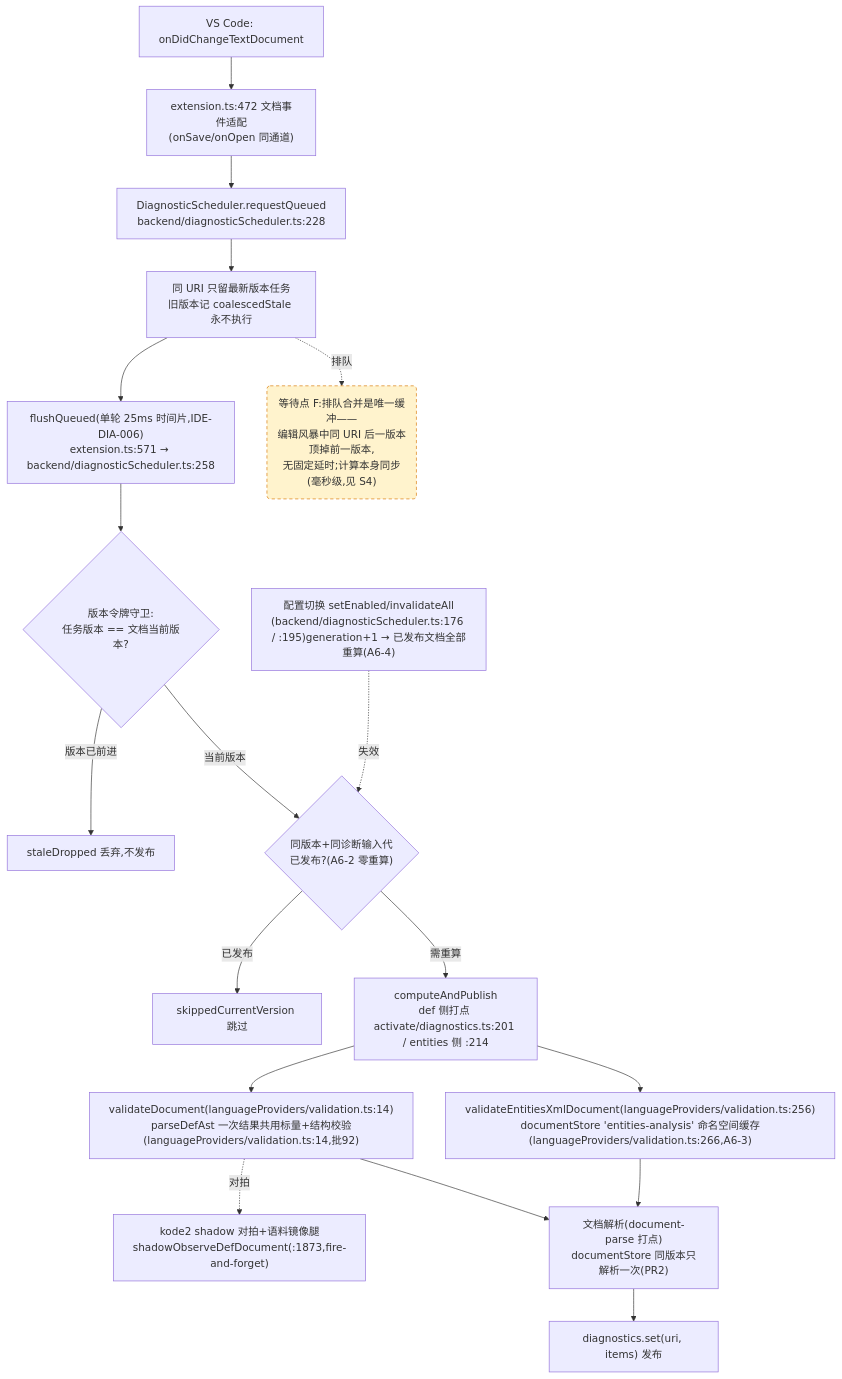
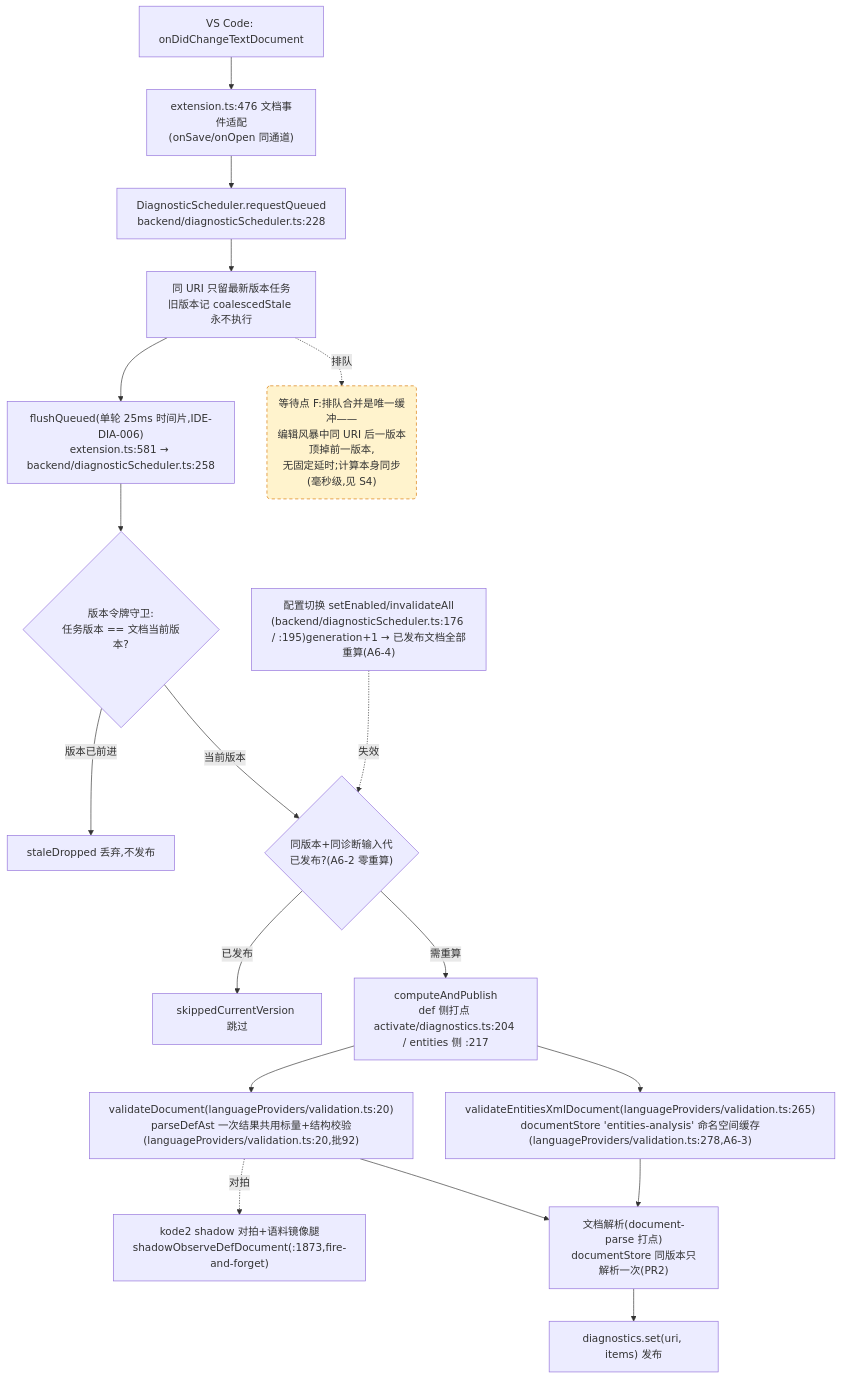
The fourth of 4 diagrams in docs/perf/2026-baseline.md (cuihairu/kode), drawn with Mermaid before and after one commit. The commit also changed other lines of this file and 10 other files, not shown here.

````diff
--- a/docs/perf/2026-baseline.md
+++ b/docs/perf/2026-baseline.md
@@ -230,38 +231,38 @@
 ```mermaid
 flowchart TD
   CHG["VS Code: onDidChangeTextDocument"]
-  WATCH["extension.ts:472 文档事件适配<br/>(onSave/onOpen 同通道)"]
+  WATCH["extension.ts:476 文档事件适配<br/>(onSave/onOpen 同通道)"]
   RQ["DiagnosticScheduler.requestQueued<br/>backend/diagnosticScheduler.ts:228"]
   CO["同 URI 只留最新版本任务<br/>旧版本记 coalescedStale 永不执行"]
-  FL["flushQueued(单轮 25ms 时间片,IDE-DIA-006)<br/>extension.ts:571 → backend/diagnosticScheduler.ts:258"]
+  FL["flushQueued(单轮 25ms 时间片,IDE-DIA-006)<br/>extension.ts:581 → backend/diagnosticScheduler.ts:258"]
   VG{"版本令牌守卫:<br/>任务版本 == 文档当前版本?"}
   DROP["staleDropped 丢弃,不发布"]
   GEN{"同版本+同诊断输入代<br/>已发布?(A6-2 零重算)"}
   SKIP["skippedCurrentVersion 跳过"]
-  CALC["computeAndPublish<br/>def 侧打点 activate/diagnostics.ts:201 / entities 侧 :214"]
-  VD["validateDocument(languageProviders/validation.ts:14)<br/>parseDefAst 一次结果共用标量+结构校验(languageProviders/validation.ts:14,批92)"]
-  VEX["validateEntitiesXmlDocument(languageProviders/validation.ts:256)<br/>documentStore 'entities-analysis' 命名空间缓存(languageProviders/validation.ts:266,A6-3)"]
+  CALC["computeAndPublish<br/>def 侧打点 activate/diagnostics.ts:204 / entities 侧 :217"]
+  VD["validateDocument(languageProviders/validation.ts:20)<br/>parseDefAst 一次结果共用标量+结构校验(languageProviders/validation.ts:20,批92)"]
+  VEX["validateEntitiesXmlDocument(languageProviders/validation.ts:265)<br/>documentStore 'entities-analysis' 命名空间缓存(languageProviders/validation.ts:278,A6-3)"]
   SHDD["kode2 shadow 对拍+语料镜像腿<br/>shadowObserveDefDocument(:1873,fire-and-forget)"]
   DS["文档解析(document-parse 打点)<br/>documentStore 同版本只解析一次(PR2)"]
   PUB["diagnostics.set(uri, items) 发布"]
   CFG2["配置切换 setEnabled/invalidateAll<br/>(backend/diagnosticScheduler.ts:176 / :195)generation+1 → 已发布文档全部重算(A6-4)"]
 
   CHG --> WATCH --> RQ --> CO --> FL --> VG
   VG -- "版本已前进" --> DROP
   VG -- "当前版本" --> GEN
   GEN -- "已发布" --> SKIP
   GEN -- "需重算" --> CALC
   CALC --> VD
   CALC --> VEX
   VD --> DS
   VEX --> DS
   DS --> PUB
   VD -.->|对拍| SHDD
   CFG2 -.->|失效| GEN
 
   WAITF("等待点 F:排队合并是唯一缓冲——<br/>编辑风暴中同 URI 后一版本顶掉前一版本,<br/>无固定延时;计算本身同步(毫秒级,见 S4)")
   CO -.->|排队| WAITF
 
   classDef waitPoint fill:#fff3cd,stroke:#d97706,stroke-dasharray:5 4;
   class WAITF waitPoint;
 ```
````
